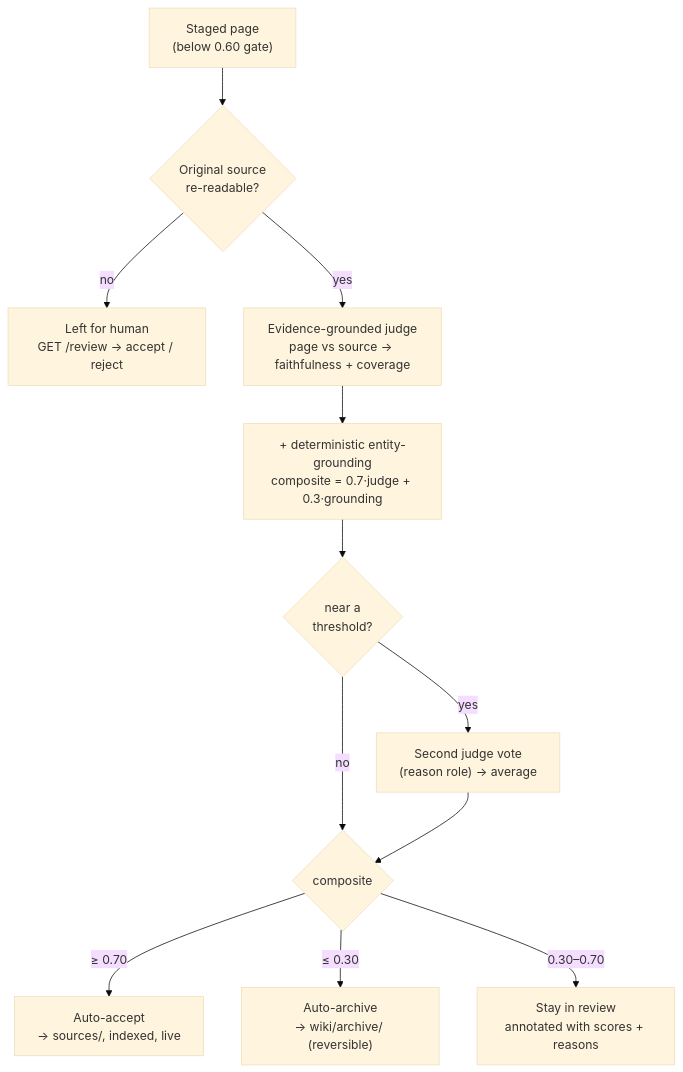
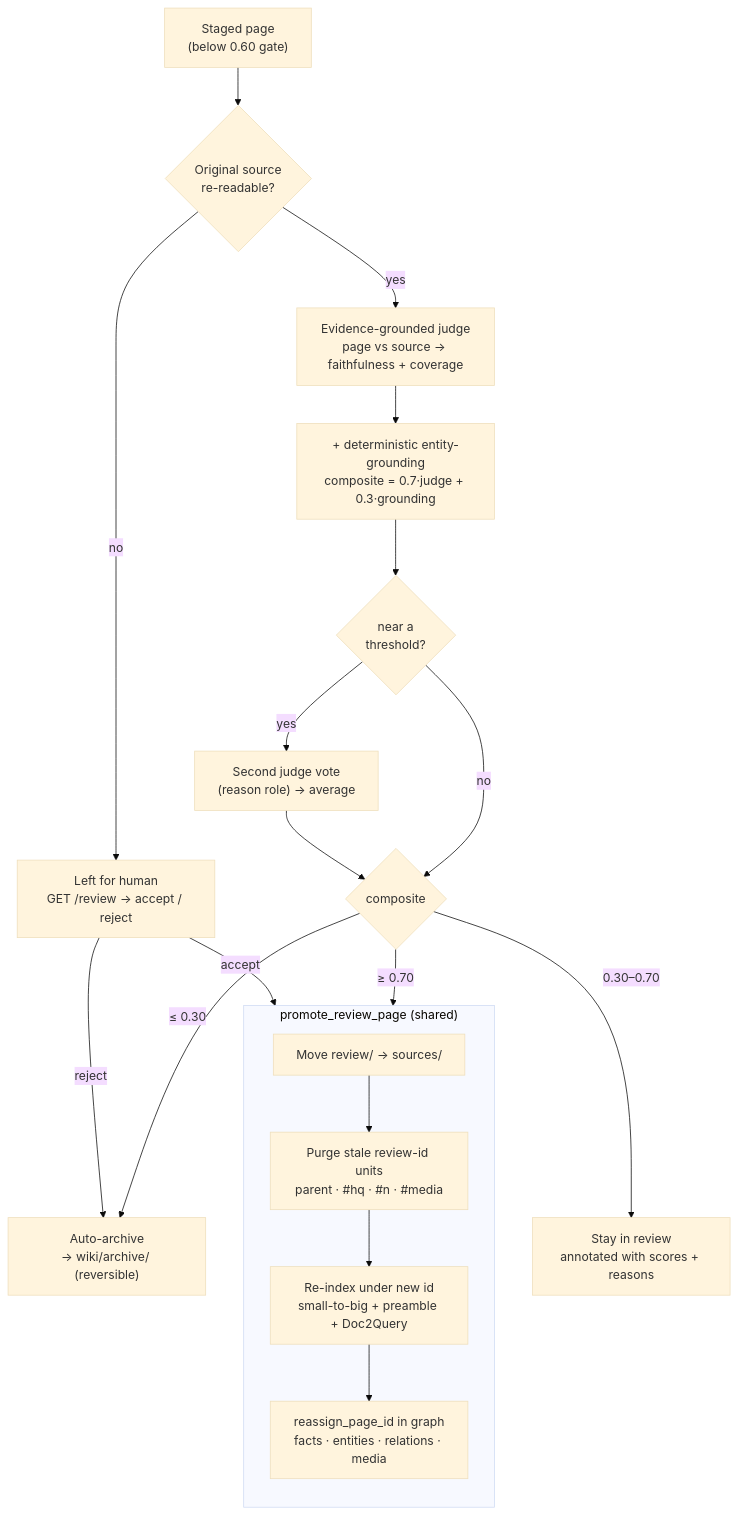
One commit to krishddd/llm-wiki changed the third of 4 diagrams in README.md. Above: the diagram before and after it, drawn with Mermaid (base theme). The commit also changed other lines of this file and 38 other files, not shown here.

````diff
--- a/README.md
+++ b/README.md
@@ -190,14 +194,23 @@
 ```mermaid
 flowchart TD
     STAGED["Staged page<br/>(below 0.60 gate)"] --> SRC{"Original source<br/>re-readable?"}
     SRC -- no --> HUMAN["Left for human<br/>GET /review → accept / reject"]
     SRC -- yes --> JUDGE["Evidence-grounded judge<br/>page vs source → faithfulness + coverage"]
     JUDGE --> GROUND["+ deterministic entity-grounding<br/>composite = 0.7·judge + 0.3·grounding"]
     GROUND --> BORDER{"near a<br/>threshold?"}
     BORDER -- yes --> SECOND["Second judge vote<br/>(reason role) → average"]
     BORDER -- no --> DECIDE{"composite"}
     SECOND --> DECIDE
-    DECIDE -- "≥ 0.70" --> ACCEPT["Auto-accept<br/>→ sources/, indexed, live"]
+    DECIDE -- "≥ 0.70" --> PROMOTE
     DECIDE -- "≤ 0.30" --> ARCHIVE["Auto-archive<br/>→ wiki/archive/ (reversible)"]
     DECIDE -- "0.30–0.70" --> ANNOTATE["Stay in review<br/>annotated with scores + reasons"]
+    HUMAN -- "accept" --> PROMOTE
+    HUMAN -- "reject" --> ARCHIVE
+
+    subgraph PROM["promote_review_page (shared)"]
+        direction TB
+        PROMOTE["Move review/ → sources/"] --> PURGE["Purge stale review-id units<br/>parent · #hq · #n · #media"]
+        PURGE --> REIDX["Re-index under new id<br/>small-to-big + preamble + Doc2Query"]
+        REIDX --> REASSIGN["reassign_page_id in graph<br/>facts · entities · relations · media"]
+    end
 ```
````
